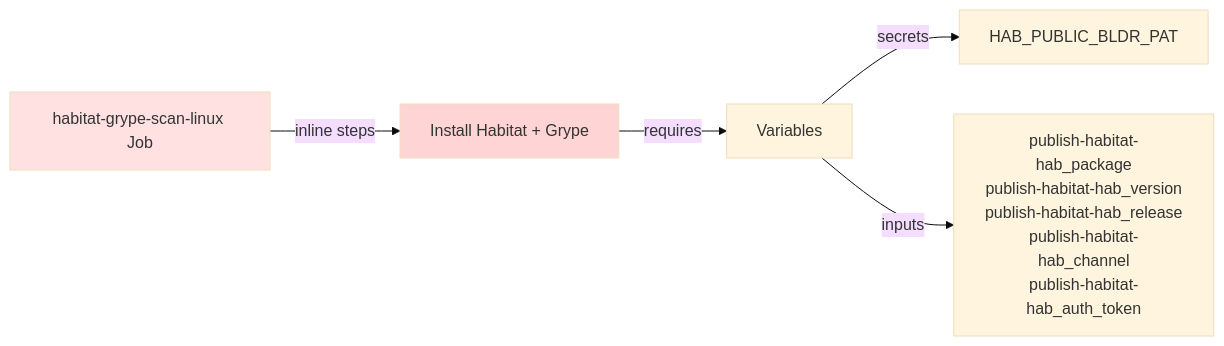
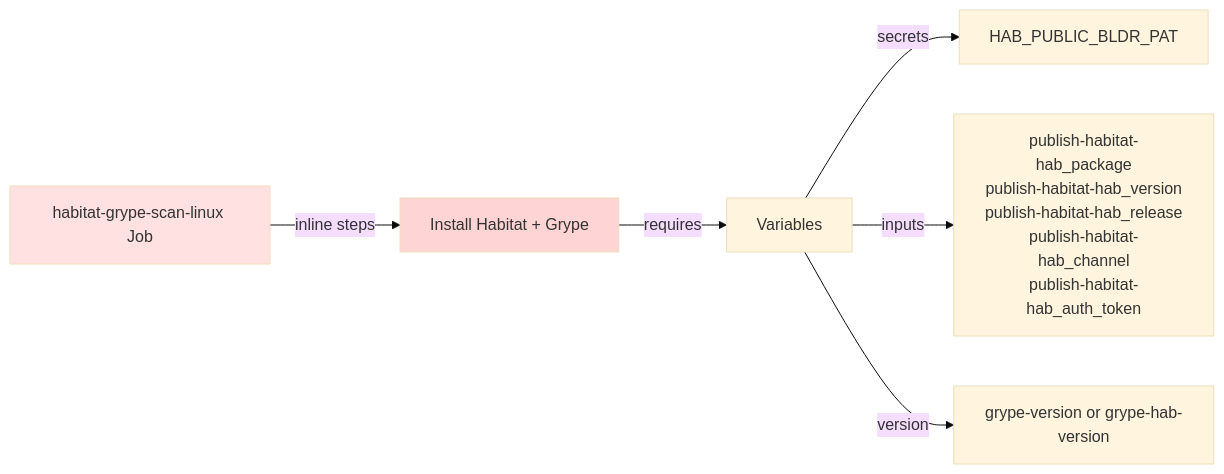
One commit to chef/common-github-actions changed the ninth of 13 diagrams in PIPELINE-REFERENCE.md. Above: the diagram before and after it, drawn with Mermaid (base theme). The commit also changed other lines of this file and 3 other files, not shown here.

````diff
--- a/PIPELINE-REFERENCE.md
+++ b/PIPELINE-REFERENCE.md
@@ -425,11 +487,12 @@
 ```mermaid
 graph LR
     A[habitat-grype-scan-linux Job] -->|inline steps| B[Install Habitat + Grype]
     B -->|requires| C[Variables]
     
     C -->|secrets| D[HAB_PUBLIC_BLDR_PAT]
     C -->|inputs| E[publish-habitat-hab_package<br/>publish-habitat-hab_version<br/>publish-habitat-hab_release<br/>publish-habitat-hab_channel<br/>publish-habitat-hab_auth_token]
+    C -->|version| F[grype-version or grype-hab-version]
     
     style A fill:#ffe1e1
     style B fill:#ffd4d4
 ```
````
